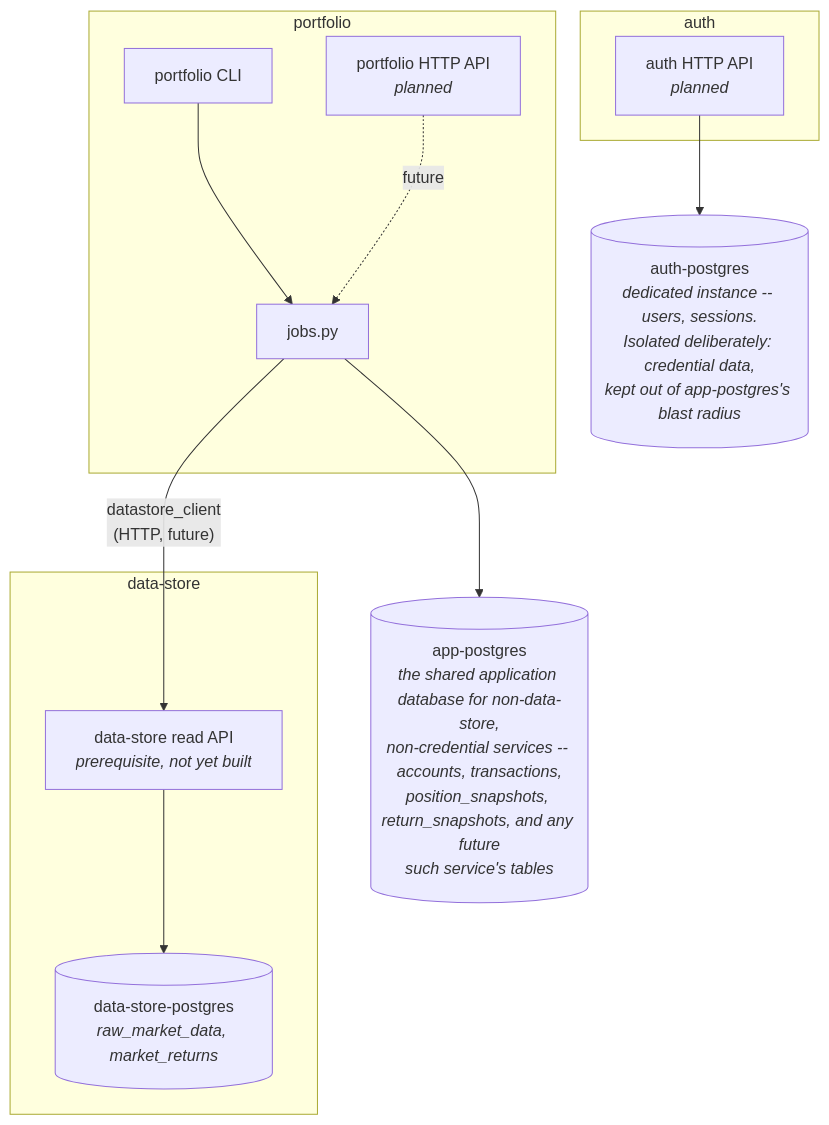
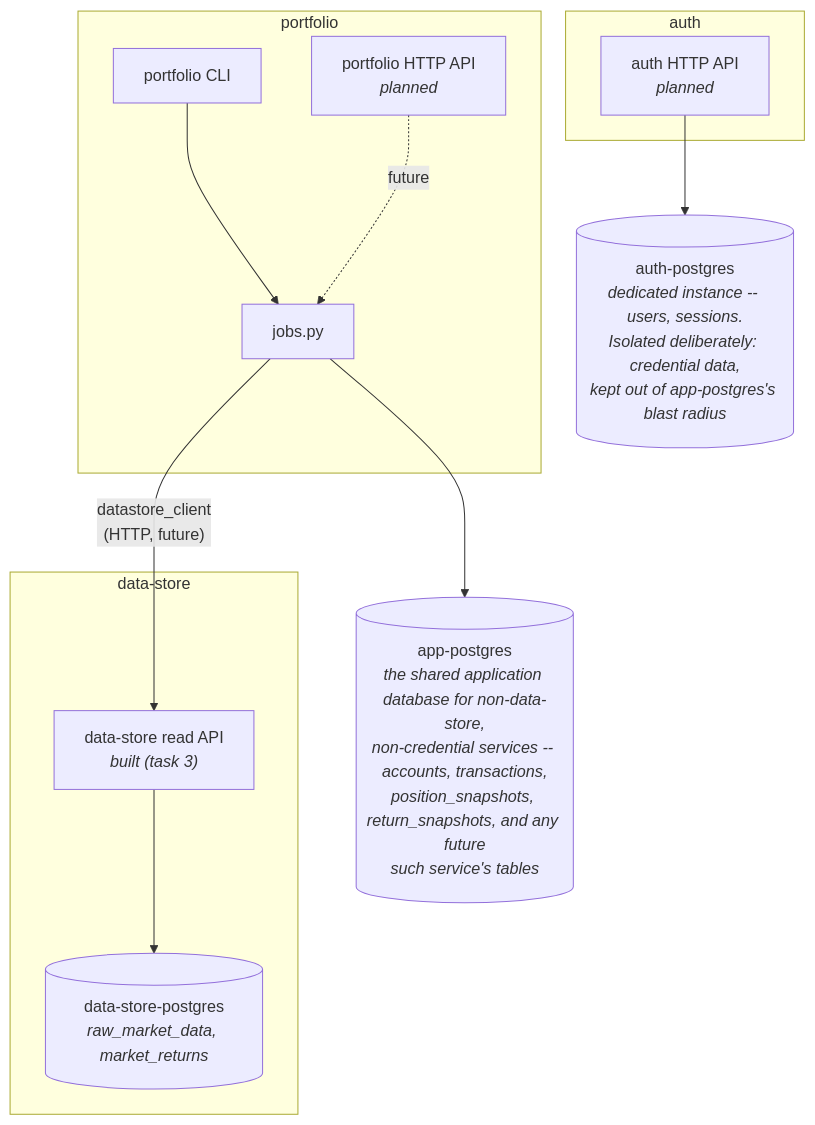
One commit to jpedropereira/Stakehold changed the second of 2 diagrams in services/portfolio/docs/architecture.md. Above: the diagram before and after it, drawn with Mermaid. The commit also changed other lines of this file and 23 other files, not shown here.

First line of the commit message:
Add portfolio service foundation and sign off its schema

````diff
--- a/services/portfolio/docs/architecture.md
+++ b/services/portfolio/docs/architecture.md
@@ -400,28 +413,28 @@
 ```mermaid
 flowchart TB
     subgraph pf["portfolio"]
         PCLI["portfolio CLI"]
         PAPI["portfolio HTTP API<br/><i>planned</i>"]
         PJOBS["jobs.py"]
     end
 
     APPDB[("app-postgres<br/><i>the shared application database for non-data-store,<br/>non-credential services -- accounts, transactions,<br/>position_snapshots, return_snapshots, and any future<br/>such service's tables</i>")]
 
     subgraph ds["data-store"]
-        DSAPI["data-store read API<br/><i>prerequisite, not yet built</i>"]
+        DSAPI["data-store read API<br/><i>built (task 3)</i>"]
         DSDB[("data-store-postgres<br/><i>raw_market_data, market_returns</i>")]
     end
 
     subgraph au["auth"]
         AUAPI["auth HTTP API<br/><i>planned</i>"]
     end
 
     AUDB[("auth-postgres<br/><i>dedicated instance -- users, sessions.<br/>Isolated deliberately: credential data,<br/>kept out of app-postgres's blast radius</i>")]
 
     PCLI --> PJOBS
     PAPI -.future.-> PJOBS
     PJOBS --> APPDB
     PJOBS -->|"datastore_client<br/>(HTTP, future)"| DSAPI
     DSAPI --> DSDB
     AUAPI --> AUDB
 ```
````
